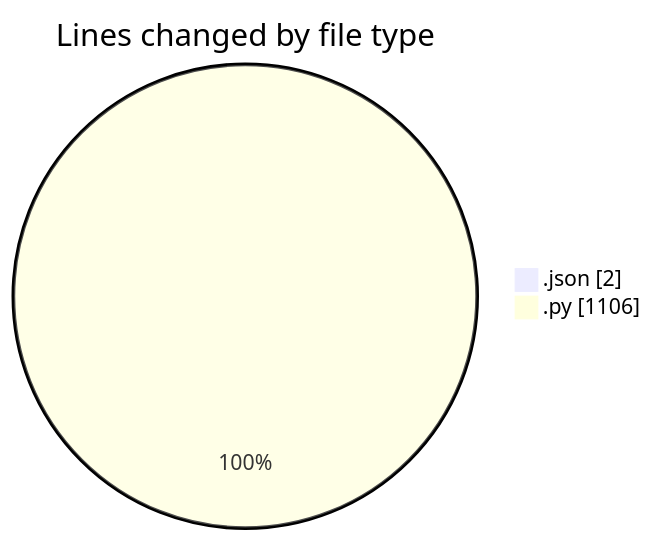
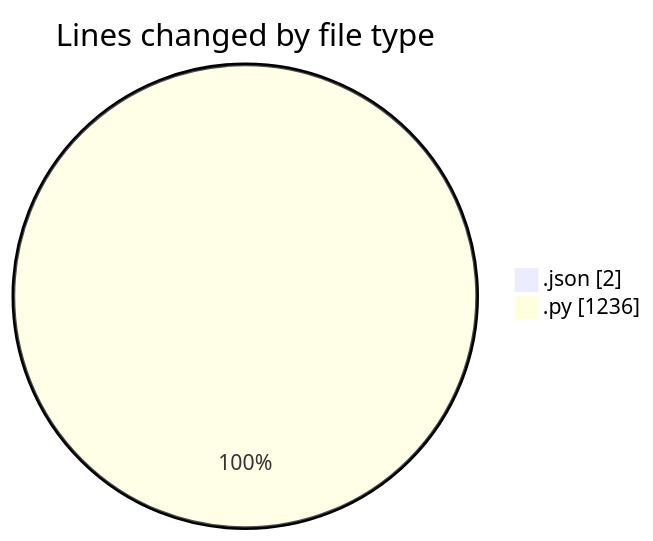
One commit to MatusMokan/code-tracking changed the first of 2 diagrams in 2025-02-19/myws__workspace_/README.md. Above: the diagram before and after it, drawn with Mermaid. The commit also changed other lines of this file and 1 other file, not shown here.

````diff
--- a/2025-02-19/myws__workspace_/README.md
+++ b/2025-02-19/myws__workspace_/README.md
@@ -24,6 +24,6 @@
 ```mermaid
 pie showData
 title Lines changed by file type
 ".json" : 2
-".py" : 1106
+".py" : 1236
 ```
````
